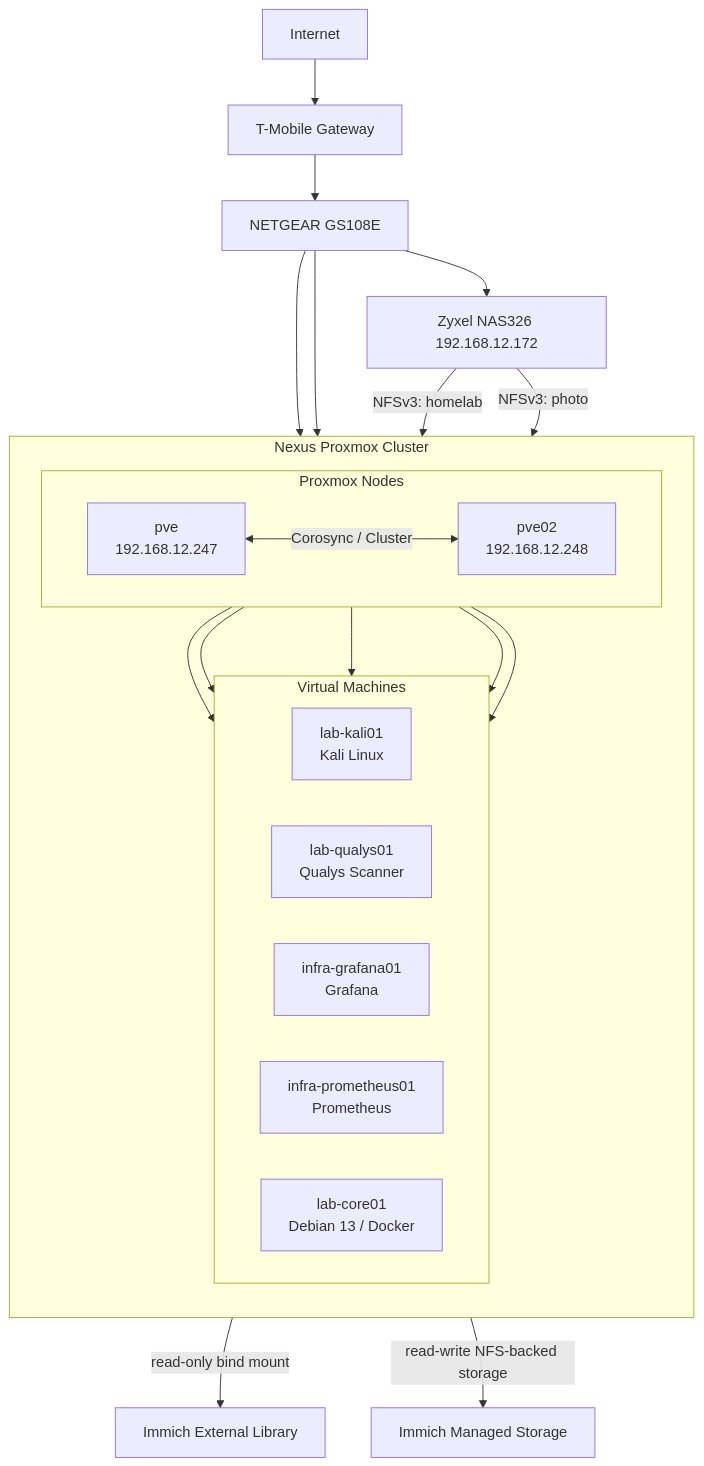
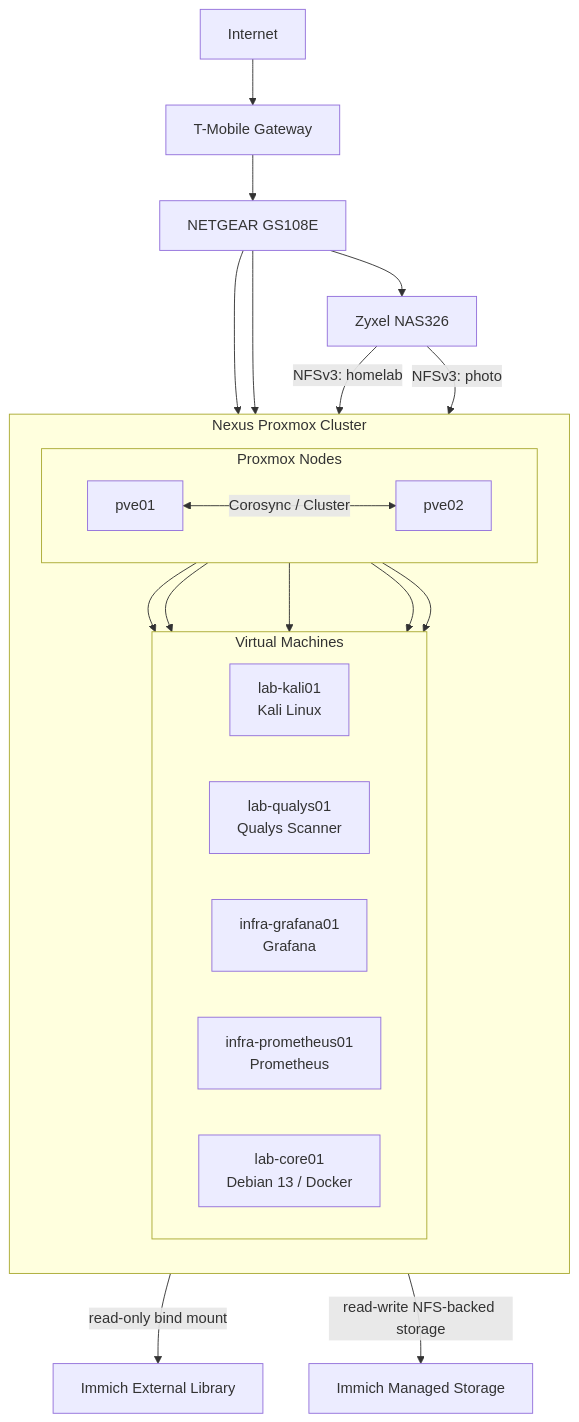
Before and after one commit to Tearstone/tearstone-homelab: the first of 3 diagrams in docs/architecture.md, drawn with Mermaid. The commit also changed other lines of this file, not shown here.

Commit message:
Remove internal network identifiers from architecture documentation

````diff
--- a/docs/architecture.md
+++ b/docs/architecture.md
@@ -5,38 +5,38 @@
 ```mermaid
 graph TD
     Internet --> Router["T-Mobile Gateway"]
     Router --> Switch["NETGEAR GS108E"]
-    Switch --> NAS["Zyxel NAS326 192.168.12.172"]
+    Switch --> NAS["Zyxel NAS326"]
 
     subgraph Cluster["Nexus Proxmox Cluster"]
         direction TB
 
         subgraph Nodes["Proxmox Nodes"]
             direction LR
-            PVE["pve\n192.168.12.247"] <-->|"Corosync / Cluster"| PVE02["pve02\n192.168.12.248"]
+            PVE["pve01"] <-->|"Corosync / Cluster"| PVE02["pve02"]
         end
 
         subgraph Workloads["Virtual Machines"]
             direction LR
             Kali["lab-kali01\nKali Linux"]
             Qualys["lab-qualys01\nQualys Scanner"]
             Grafana["infra-grafana01\nGrafana"]
             Prometheus["infra-prometheus01\nPrometheus"]
             Core["lab-core01\nDebian 13 / Docker"]
         end
 
         PVE --> Kali
         PVE --> Qualys
         PVE --> Grafana
         PVE --> Prometheus
         PVE02 --> Core
     end
 
     Switch --> PVE
     Switch --> PVE02
 
     NAS -->|"NFSv3: homelab"| Core
     NAS -->|"NFSv3: photo"| Core
     Core -->|"read-only bind mount"| External["Immich External Library"]
     Core -->|"read-write NFS-backed storage"| Immich["Immich Managed Storage"]
 ```
````
